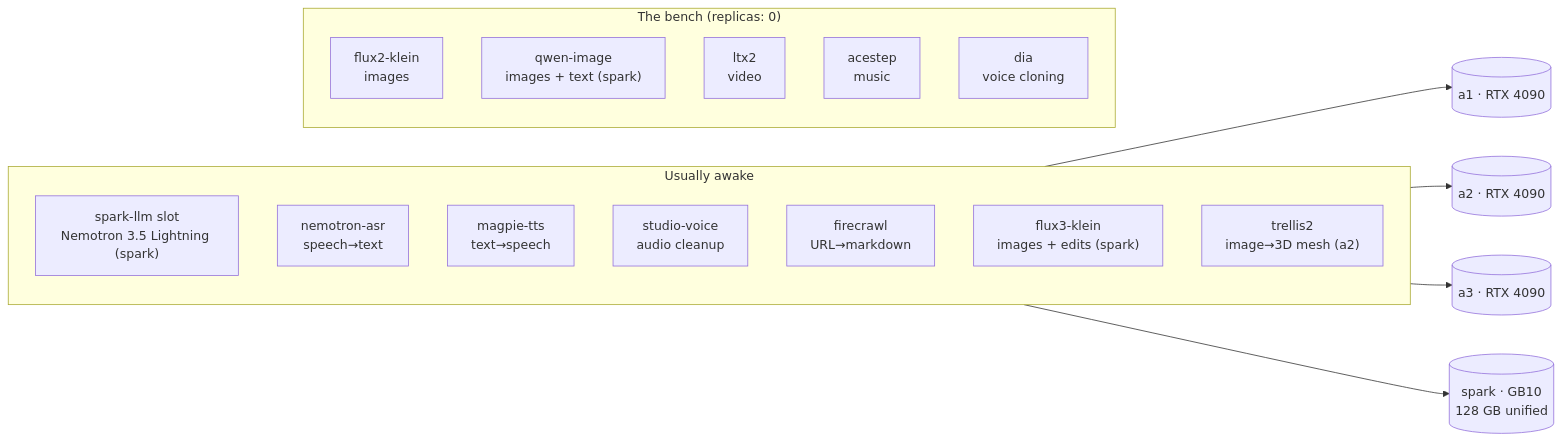
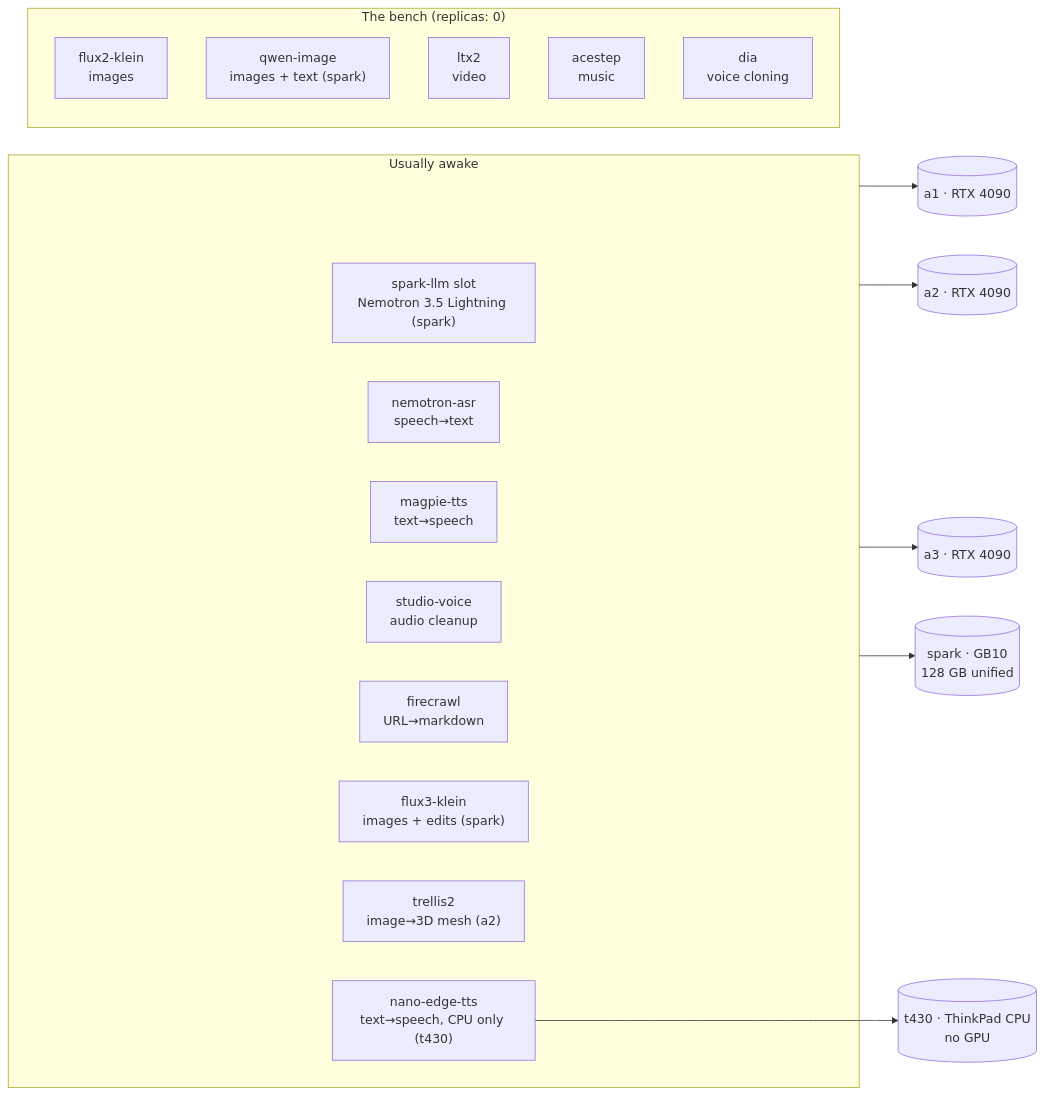
The diagram in docs-site/docs/ai/inference-fleet.md (briancaffey/home-lab), drawn with Mermaid before and after one commit. The commit also changed other lines of this file and 8 other files, not shown here.

First line of the commit message:
docs-site: nano-edge-tts page, fleet roster and t430's first workload

````diff
--- a/docs-site/docs/ai/inference-fleet.md
+++ b/docs-site/docs/ai/inference-fleet.md
@@ -18,24 +18,27 @@
 ```mermaid
 flowchart LR
     subgraph active["Usually awake"]
         omni["spark-llm slot<br/>Nemotron 3.5 Lightning (spark)"]
         asr["nemotron-asr<br/>speech→text"]
         magpie["magpie-tts<br/>text→speech"]
         sv["studio-voice<br/>audio cleanup"]
         fc["firecrawl<br/>URL→markdown"]
         klein["flux3-klein<br/>images + edits (spark)"]
         trellis["trellis2<br/>image→3D mesh (a2)"]
+        nano["nano-edge-tts<br/>text→speech, CPU only (t430)"]
     end
     subgraph parked["The bench (replicas: 0)"]
         flux["flux2-klein<br/>images"]
         qwen["qwen-image<br/>images + text (spark)"]
         ltx["ltx2<br/>video"]
         ace["acestep<br/>music"]
         dia["dia<br/>voice cloning"]
     end
     gpu1[("a1 · RTX 4090")]
     gpu2[("a2 · RTX 4090")]
     gpu3[("a3 · RTX 4090")]
     spark[("spark · GB10<br/>128 GB unified")]
+    cpu[("t430 · ThinkPad CPU<br/>no GPU")]
     active --> gpu1 & gpu2 & gpu3 & spark
+    nano --> cpu
 ```
````
